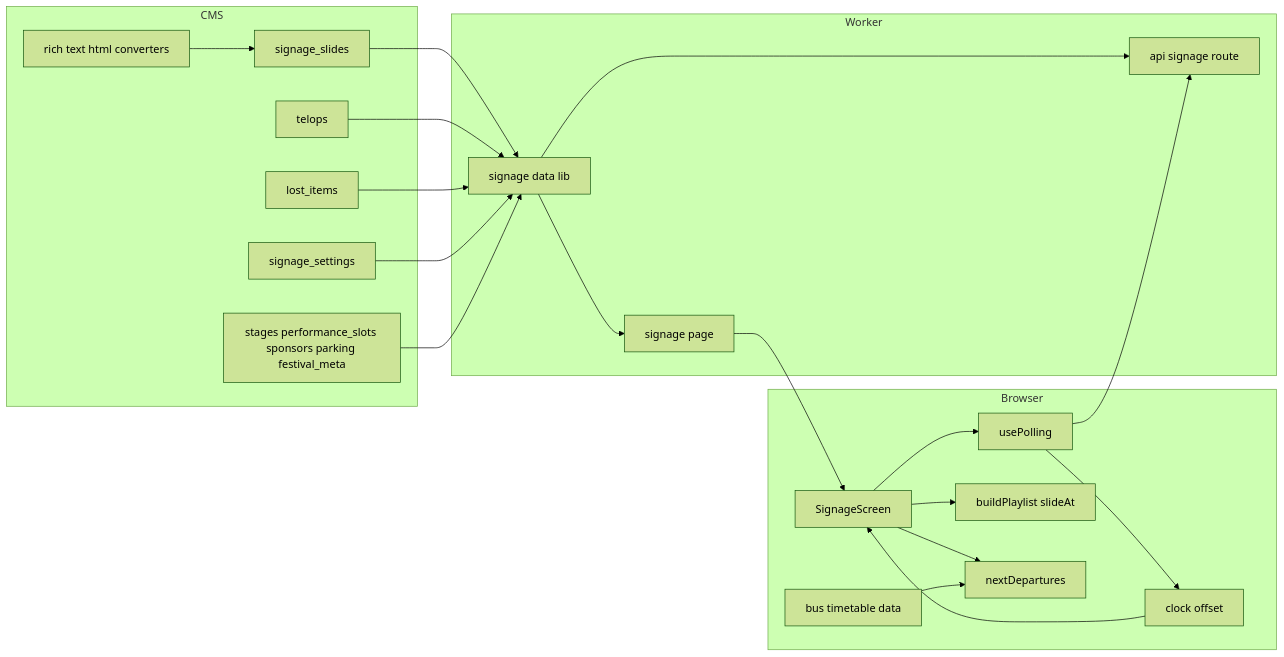
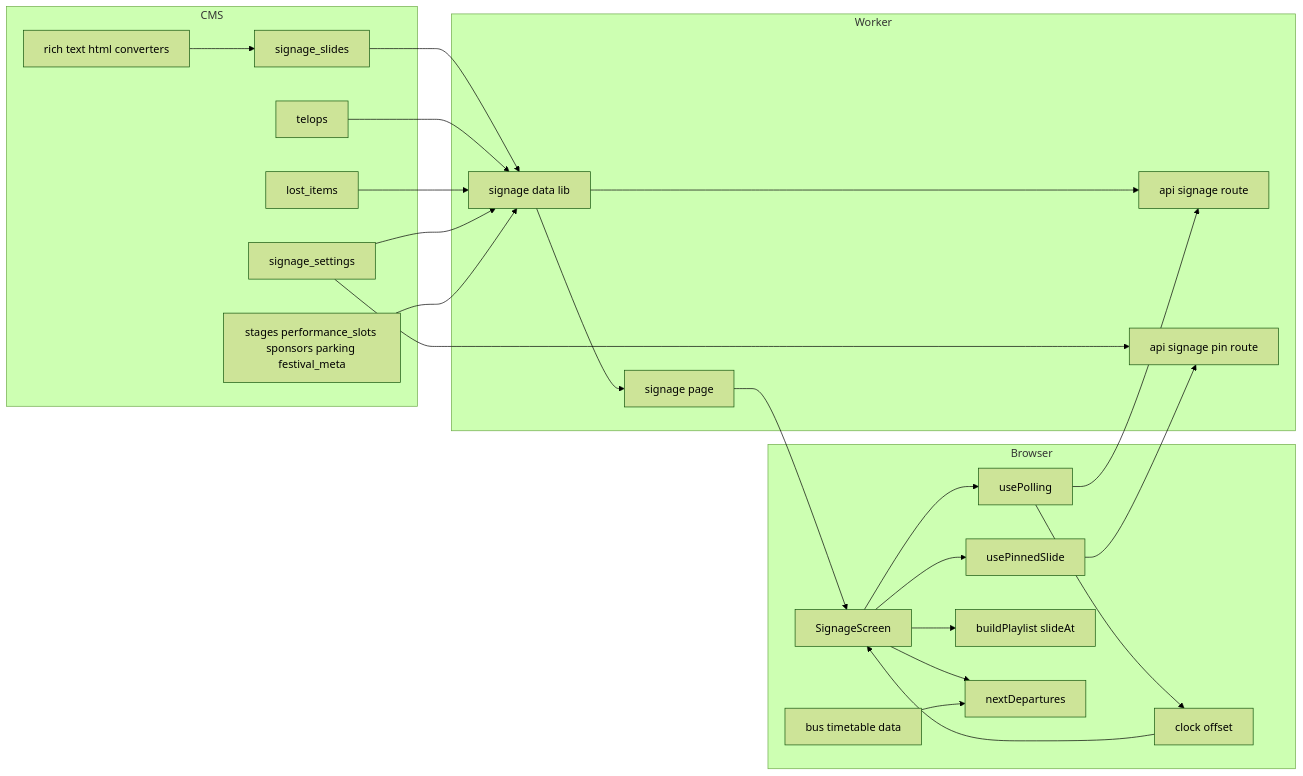
Before and after one commit to aramakisai/aramakisai-web: the first of 5 diagrams in .kiro/specs/digital-signage/design.md, drawn with Mermaid (forest theme). The commit also changed other lines of this file and 2 other files, not shown here.

````diff
--- a/.kiro/specs/digital-signage/design.md
+++ b/.kiro/specs/digital-signage/design.md
@@ -64,40 +66,45 @@
 ```mermaid
 graph LR
   subgraph CMS
     Slides[signage_slides]
     Telops[telops]
     Lost[lost_items]
     Settings[signage_settings]
     Existing[stages performance_slots sponsors parking festival_meta]
     Conv[rich text html converters]
   end
   subgraph Worker
     Api[api signage route]
+    PinApi[api signage pin route]
     Data[signage data lib]
     Page[signage page]
   end
   subgraph Browser
     Screen[SignageScreen]
     Poll[usePolling]
+    PinPoll[usePinnedSlide]
     Playlist[buildPlaylist slideAt]
     Clock[clock offset]
     Bus[nextDepartures]
     BusData[bus timetable data]
   end
   Slides --> Data
   Telops --> Data
   Lost --> Data
   Settings --> Data
+  Settings --> PinApi
   Existing --> Data
   Conv --> Slides
   Data --> Api
   Data --> Page
   Page --> Screen
   Poll --> Api
   Screen --> Poll
+  Screen --> PinPoll
+  PinPoll --> PinApi
   Poll --> Clock
   Clock --> Screen
   Screen --> Playlist
   Screen --> Bus
   BusData --> Bus
 ```
````
